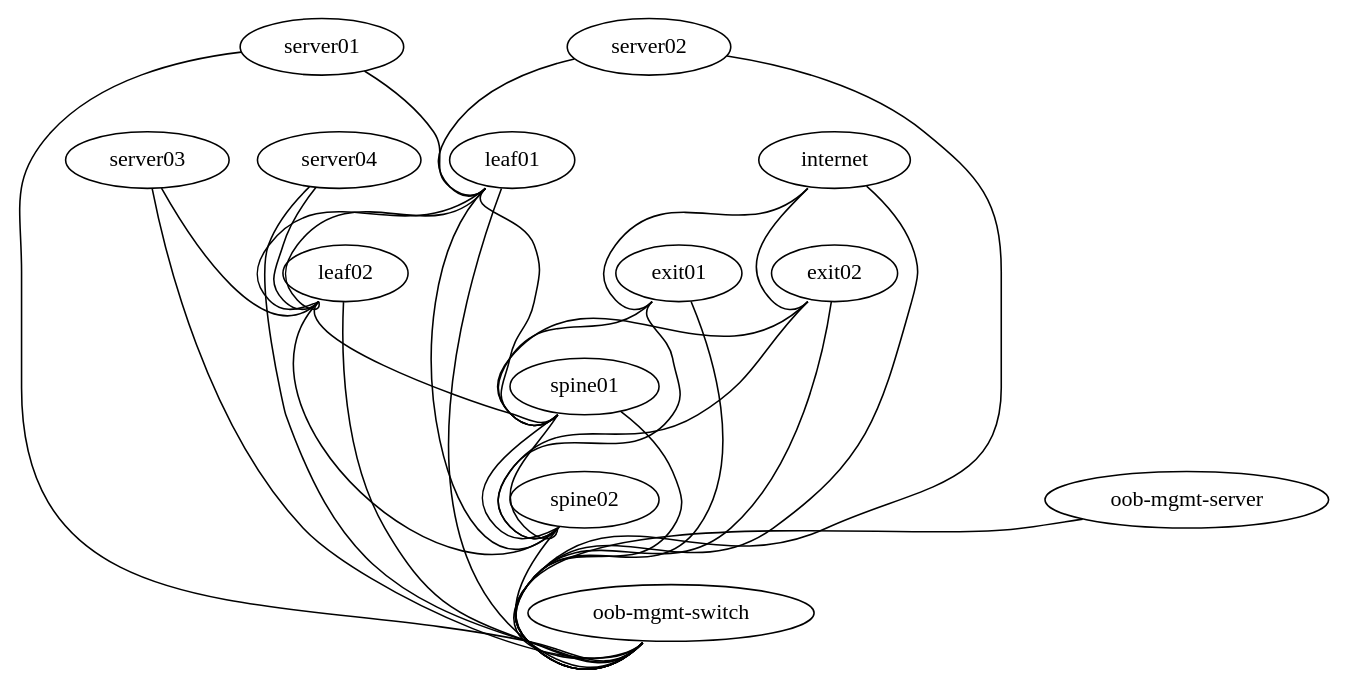
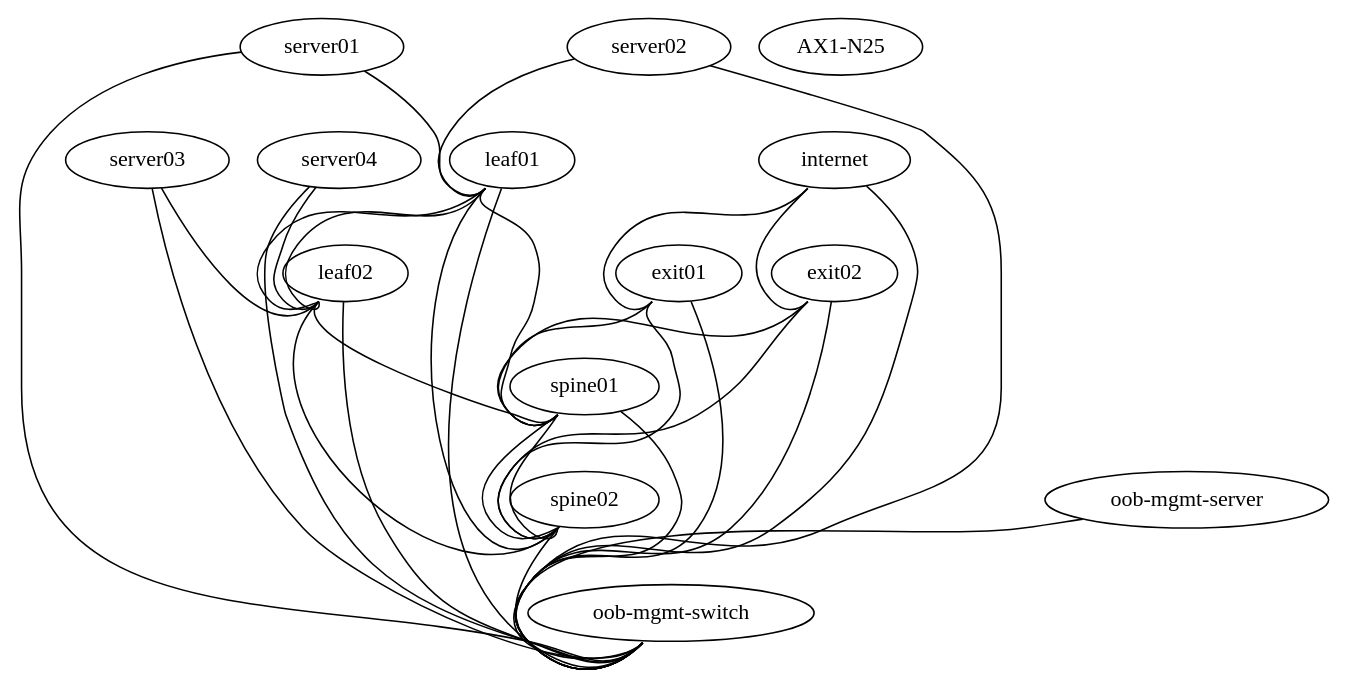
Before and after one commit to routemypacket/cumulus-lab: the diagram in sim-thg/topology.dot, drawn with Graphviz.

Commit message:
Update topology.dot with oob switch to AX1-N25

```diff
--- a/sim-thg/topology.dot
+++ b/sim-thg/topology.dot
@@ -1,53 +1,53 @@
 graph vx {
  "leaf01" [function="leaf" os="CumulusCommunity/cumulus-vx" version="3.6.2" memory="768" config="./helper_scripts/config_switch.sh" ]
  "leaf02" [function="leaf" os="CumulusCommunity/cumulus-vx" version="3.6.2" memory="768" config="./helper_scripts/config_switch.sh" ]
  "spine01" [function="spine" os="CumulusCommunity/cumulus-vx" version="3.6.2" memory="768" config="./helper_scripts/config_switch.sh" ]
  "spine02" [function="spine" os="CumulusCommunity/cumulus-vx" version="3.6.2" memory="768" config="./helper_scripts/config_switch.sh" ]
  "exit01" [function="exit" os="CumulusCommunity/cumulus-vx" version="3.6.2" memory="768" config="./helper_scripts/config_switch.sh" ]
  "exit02" [function="exit" os="CumulusCommunity/cumulus-vx" version="3.6.2" memory="768" config="./helper_scripts/config_switch.sh" ]
  "server01" [function="host" os="yk0/ubuntu-xenial" memory="512" config="./helper_scripts/config_server.sh" ]
  "server02" [function="host" os="yk0/ubuntu-xenial" memory="512" config="./helper_scripts/config_server.sh" ]
  "server03" [function="host" os="yk0/ubuntu-xenial" memory="512" config="./helper_scripts/config_server.sh" ]
  "server04" [function="host" os="yk0/ubuntu-xenial" memory="512" config="./helper_scripts/config_server.sh" ]
  "internet" [function="internet" vagrant="swp48" os="CumulusCommunity/cumulus-vx" version="3.6.2" memory="768" config="./helper_scripts/config_internet.sh" ]
- "oob-mgmt-switch" [function="oob-switch" vagrant="eth0" os="CumulusCommunity/cumulus-vx" version="3.6.2" memory="768" config="./helper_scripts/config_oob_switch.sh" ]
+ "AX1-N25" [function="oob-switch" vagrant="eth0" os="CumulusCommunity/cumulus-vx" version="3.6.2" memory="768" config="./helper_scripts/config_oob_switch.sh" ]
  "oob-mgmt-server" [function="oob-server" vagrant="eth0" os="CumulusCommunity/vx_oob_server" version="1.0.4" memory="1024" config="./helper_scripts/config_oob_server.sh" ]
 
  "leaf01":"swp15" -- "spine01":"swp1"
  "leaf02":"swp15" -- "spine01":"swp2"
  "leaf01":"swp16" -- "spine02":"swp1"
  "leaf02":"swp16" -- "spine02":"swp2"
 
  "leaf01":"swp13" -- "leaf02":"swp13"
  "leaf01":"swp14" -- "leaf02":"swp14"
 
  "spine01":"swp15" -- "spine02":"swp15"
  "spine01":"swp16" -- "spine02":"swp16"
 
  "server01":"eth1" -- "leaf01":"swp1" [left_mac="00:03:00:11:11:01"]
  "server02":"eth1" -- "leaf01":"swp2" [left_mac="00:03:00:22:22:01"]
  "server03":"eth1" -- "leaf02":"swp1" [left_mac="00:03:00:33:33:01"]
  "server04":"eth1" -- "leaf02":"swp2" [left_mac="00:03:00:44:44:01"]
 
  "exit01":"swp15" -- "spine01":"swp3"
  "exit01":"swp16" -- "spine02":"swp3"
  "exit02":"swp15" -- "spine01":"swp4"
  "exit02":"swp16" -- "spine02":"swp4"
 
 
  "internet":"swp1" -- "exit01":"swp1"
  "internet":"swp2" -- "exit02":"swp1"
 
  "oob-mgmt-server":"eth1" -- "oob-mgmt-switch":"swp1" [right_mac="a0:00:00:00:00:61"]
  "server01":"eth0" -- "oob-mgmt-switch":"swp2" [left_mac="a0:00:00:00:00:31"]
  "server02":"eth0" -- "oob-mgmt-switch":"swp3" [left_mac="a0:00:00:00:00:32"]
  "server03":"eth0" -- "oob-mgmt-switch":"swp4" [left_mac="a0:00:00:00:00:33"]
  "server04":"eth0" -- "oob-mgmt-switch":"swp5" [left_mac="a0:00:00:00:00:34"]
  "leaf01":"eth0" -- "oob-mgmt-switch":"swp6" [left_mac="a0:00:00:00:00:11"]
  "leaf02":"eth0" -- "oob-mgmt-switch":"swp7" [left_mac="a0:00:00:00:00:12"]
  "spine01":"eth0" -- "oob-mgmt-switch":"swp10" [left_mac="a0:00:00:00:00:21"]
  "spine02":"eth0" -- "oob-mgmt-switch":"swp11" [left_mac="a0:00:00:00:00:22"]
  "exit01":"eth0" -- "oob-mgmt-switch":"swp12" [left_mac="a0:00:00:00:00:41"]
  "exit02":"eth0" -- "oob-mgmt-switch":"swp13" [left_mac="a0:00:00:00:00:42"]
  "internet":"eth0" -- "oob-mgmt-switch":"swp15" [left_mac="a0:00:00:00:00:50"]
 }
```
